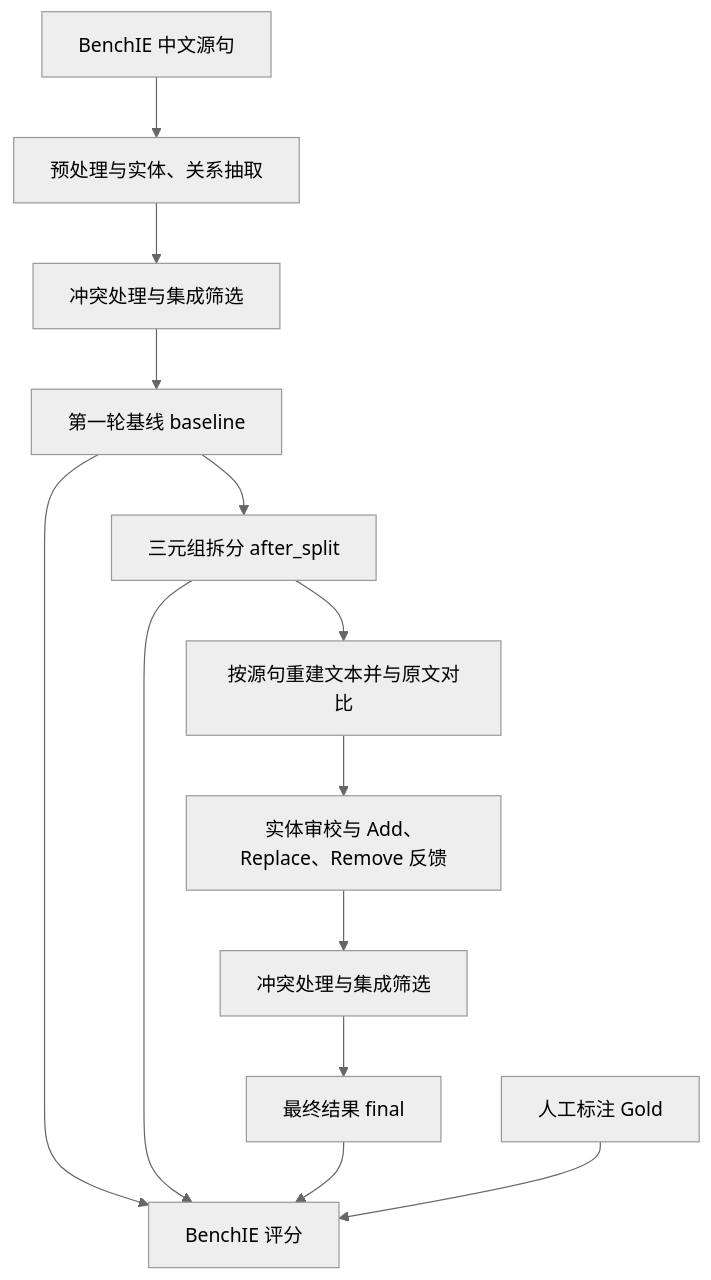
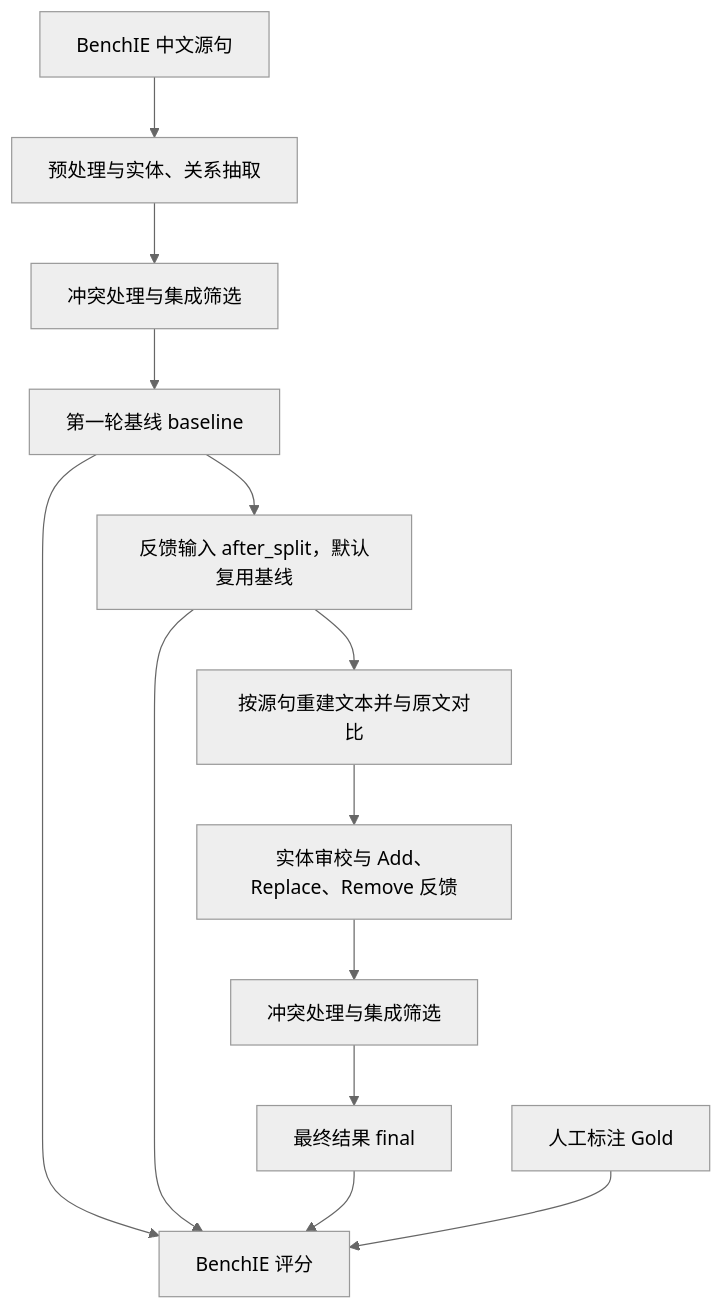
One commit to lichuanpei12-coder/KARMA changed the diagram in README.md. Above: the diagram before and after it, drawn with Mermaid (neutral theme). The commit also changed other lines of this file and 21 other files, not shown here.

````diff
--- a/README.md
+++ b/README.md
@@ -41,15 +41,15 @@
 ```mermaid
 flowchart TD
     A[BenchIE 中文源句] --> B[预处理与实体、关系抽取]
     B --> C[冲突处理与集成筛选]
     C --> D[第一轮基线 baseline]
-    D --> E[三元组拆分 after_split]
+    D --> E[反馈输入 after_split，默认复用基线]
     E --> F[按源句重建文本并与原文对比]
     F --> G[实体审校与 Add、Replace、Remove 反馈]
     G --> H[冲突处理与集成筛选]
     H --> I[最终结果 final]
     D --> J[BenchIE 评分]
     E --> J
     I --> J
     K[人工标注 Gold] --> J
 ```
````
